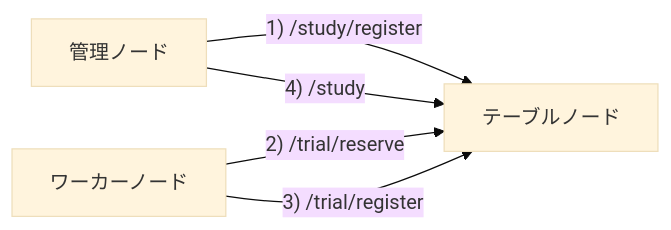
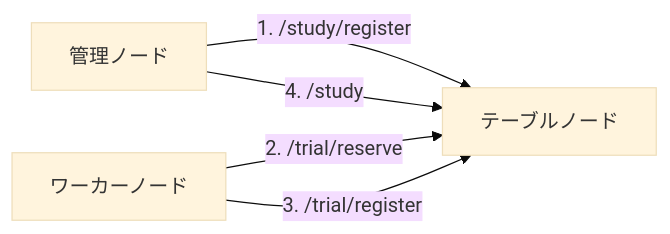
One commit to atsuhiron/lite_dist changed the diagram in README.ja.md. Above: the diagram before and after it, drawn with Mermaid (base theme).

````diff
--- a/README.ja.md
+++ b/README.ja.md
@@ -28,7 +28,7 @@
 ```mermaid
 flowchart LR
-    管理ノード -- "1) /study/register" --> テーブルノード
-    管理ノード -- "4) /study" --> テーブルノード
-    ワーカーノード -- "2) /trial/reserve" --> テーブルノード
-    ワーカーノード -- "3) /trial/register" --> テーブルノード
+    管理ノード -- 1. /study/register --> テーブルノード
+    管理ノード -- 4. /study --> テーブルノード
+    ワーカーノード -- 2. /trial/reserve --> テーブルノード
+    ワーカーノード -- 3. /trial/register --> テーブルノード
 ```
````
